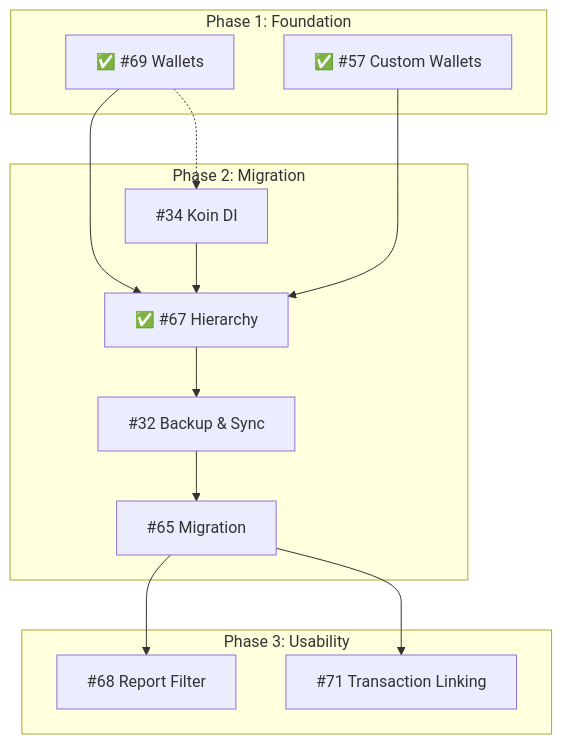
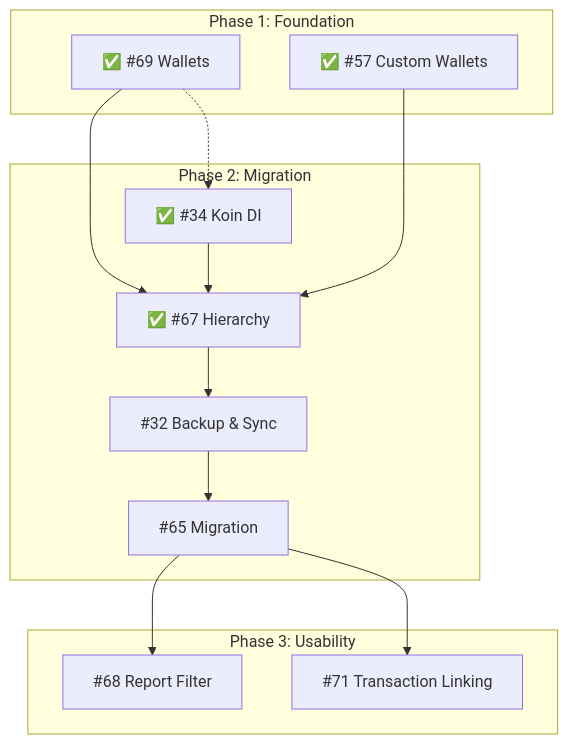
The diagram in docs/ROADMAP.md (oatrice/JarWise-Root), drawn with Mermaid before and after one commit. The commit also changed other lines of this file, not shown here.

Commit message:
✅ docs(roadmap): updates Koin DI implementation status
- Marks Koin DI implementation as complete in version 1.6.0
- Updates status from "Ready" to "Done" in both text and Mermaid diagram
- Reflects successful completion of Android dependency injection standardization

````diff
--- a/docs/ROADMAP.md
+++ b/docs/ROADMAP.md
@@ -39,28 +39,28 @@
 ```mermaid
 graph TD
     subgraph Phase 1: Foundation
         I69[✅ #69 Wallets]
         I57[✅ #57 Custom Wallets]
     end
 
     subgraph Phase 2: Migration
-        KOIN[#34 Koin DI]
+        KOIN[✅ #34 Koin DI]
         I32[#32 Backup & Sync]
         I67[✅ #67 Hierarchy]
         I65[#65 Migration]
     end
 
     subgraph Phase 3: Usability
         I68[#68 Report Filter]
         I71[#71 Transaction Linking]
     end
 
     I69 --> I67
     I57 --> I67
     I69 -.-> KOIN
     KOIN --> I67
     I67 --> I32
     I32 --> I65
     I65 --> I68
     I65 --> I71
 ```
````
